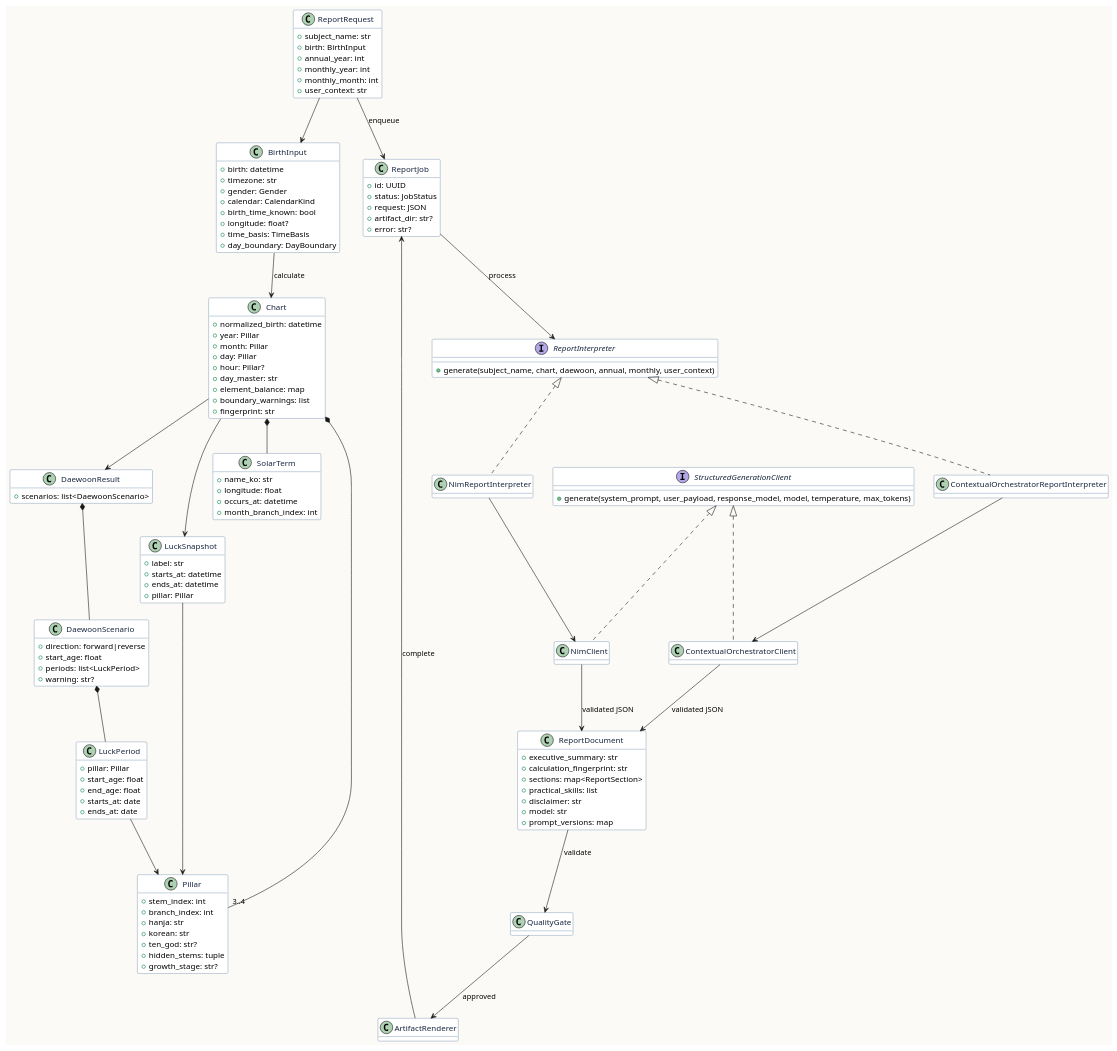
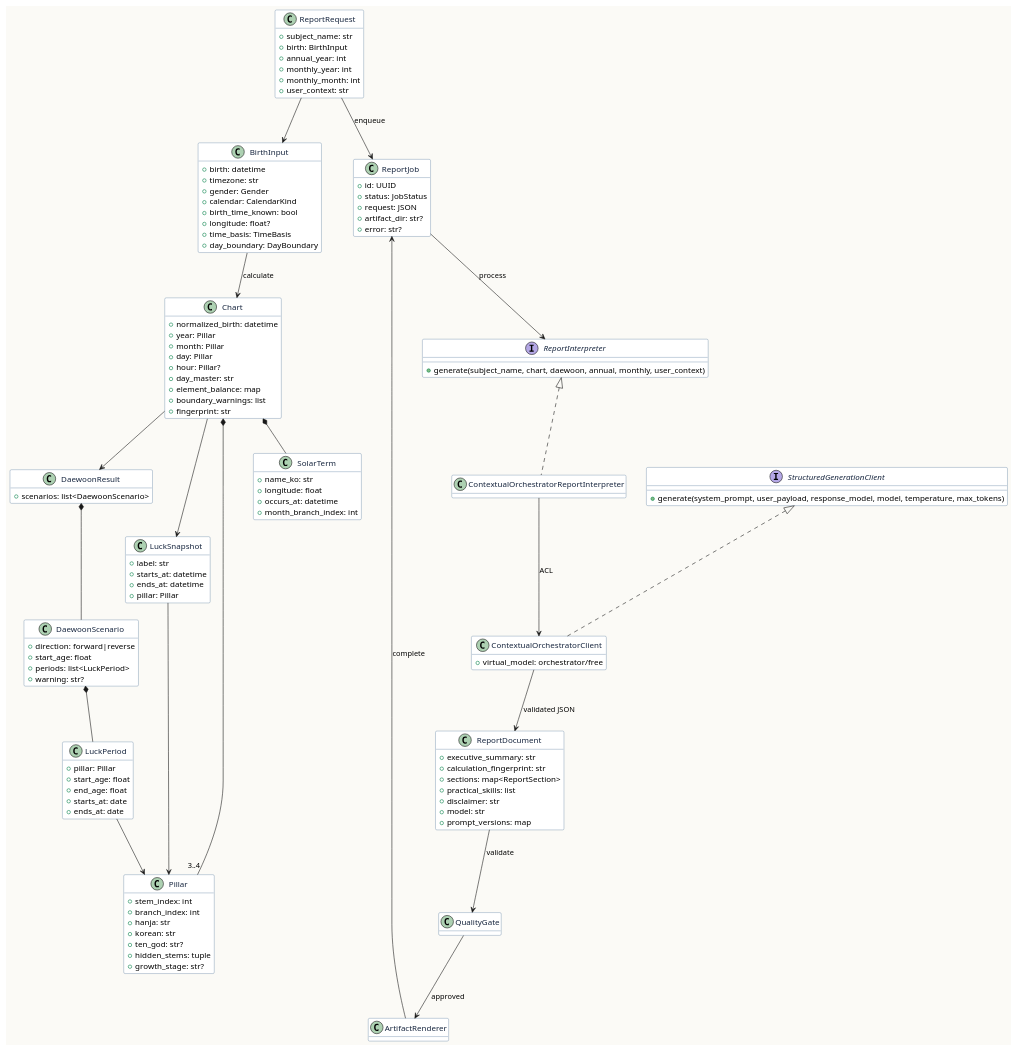
The diagram in docs/uml/domain.puml (ContextualWisdomLab/four-pillars), drawn with PlantUML before and after one commit.

Commit message:
docs(uml): remove provider client from product domain view

```diff
--- a/docs/uml/domain.puml
+++ b/docs/uml/domain.puml
@@ -1,139 +1,135 @@
 @startuml
 skinparam backgroundColor #FBFAF6
 skinparam classBackgroundColor #FFFFFF
 skinparam classBorderColor #315A84
 skinparam classFontColor #17263F
 hide empty methods
 
 class BirthInput {
   +birth: datetime
   +timezone: str
   +gender: Gender
   +calendar: CalendarKind
   +birth_time_known: bool
   +longitude: float?
   +time_basis: TimeBasis
   +day_boundary: DayBoundary
 }
 
 class Chart {
   +normalized_birth: datetime
   +year: Pillar
   +month: Pillar
   +day: Pillar
   +hour: Pillar?
   +day_master: str
   +element_balance: map
   +boundary_warnings: list
   +fingerprint: str
 }
 
 class Pillar {
   +stem_index: int
   +branch_index: int
   +hanja: str
   +korean: str
   +ten_god: str?
   +hidden_stems: tuple
   +growth_stage: str?
 }
 
 class SolarTerm {
   +name_ko: str
   +longitude: float
   +occurs_at: datetime
   +month_branch_index: int
 }
 
 class DaewoonResult {
   +scenarios: list<DaewoonScenario>
 }
 
 class DaewoonScenario {
   +direction: forward|reverse
   +start_age: float
   +periods: list<LuckPeriod>
   +warning: str?
 }
 
 class LuckPeriod {
   +pillar: Pillar
   +start_age: float
   +end_age: float
   +starts_at: date
   +ends_at: date
 }
 
 class LuckSnapshot {
   +label: str
   +starts_at: datetime
   +ends_at: datetime
   +pillar: Pillar
 }
 
 class ReportRequest {
   +subject_name: str
   +birth: BirthInput
   +annual_year: int
   +monthly_year: int
   +monthly_month: int
   +user_context: str
 }
 
 class ReportDocument {
   +executive_summary: str
   +calculation_fingerprint: str
   +sections: map<ReportSection>
   +practical_skills: list
   +disclaimer: str
   +model: str
   +prompt_versions: map
 }
 
 class ReportJob {
   +id: UUID
   +status: JobStatus
   +request: JSON
   +artifact_dir: str?
   +error: str?
 }
 
 interface ReportInterpreter {
   +generate(subject_name, chart, daewoon, annual, monthly, user_context)
 }
 
 interface StructuredGenerationClient {
   +generate(system_prompt, user_payload, response_model, model, temperature, max_tokens)
 }
 
-class NimReportInterpreter
 class ContextualOrchestratorReportInterpreter
-class NimClient
-class ContextualOrchestratorClient
+class ContextualOrchestratorClient {
+  +virtual_model: orchestrator/free
+}
 class QualityGate
 class ArtifactRenderer
 
 BirthInput --> Chart : calculate
 Chart *-- "3..4" Pillar
 Chart *-- SolarTerm
 Chart --> DaewoonResult
 DaewoonResult *-- DaewoonScenario
 DaewoonScenario *-- LuckPeriod
 LuckPeriod --> Pillar
 Chart --> LuckSnapshot
 LuckSnapshot --> Pillar
 ReportRequest --> BirthInput
 ReportRequest --> ReportJob : enqueue
 ReportJob --> ReportInterpreter : process
-ReportInterpreter <|.. NimReportInterpreter
 ReportInterpreter <|.. ContextualOrchestratorReportInterpreter
-StructuredGenerationClient <|.. NimClient
 StructuredGenerationClient <|.. ContextualOrchestratorClient
-NimReportInterpreter --> NimClient
-ContextualOrchestratorReportInterpreter --> ContextualOrchestratorClient
-NimClient --> ReportDocument : validated JSON
+ContextualOrchestratorReportInterpreter --> ContextualOrchestratorClient : ACL
 ContextualOrchestratorClient --> ReportDocument : validated JSON
 ReportDocument --> QualityGate : validate
 QualityGate --> ArtifactRenderer : approved
 ArtifactRenderer --> ReportJob : complete
 @enduml
```
